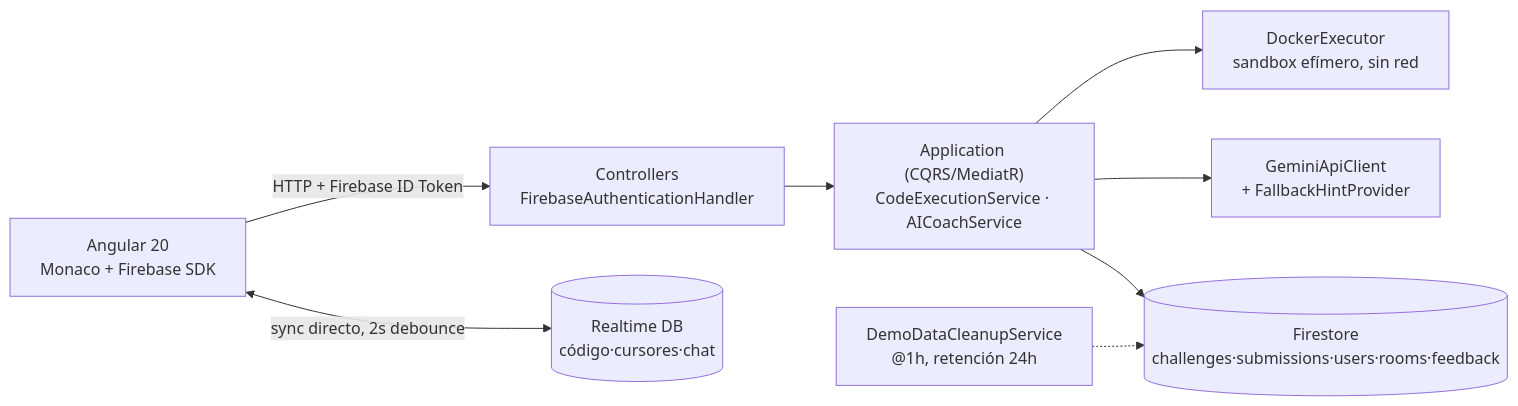
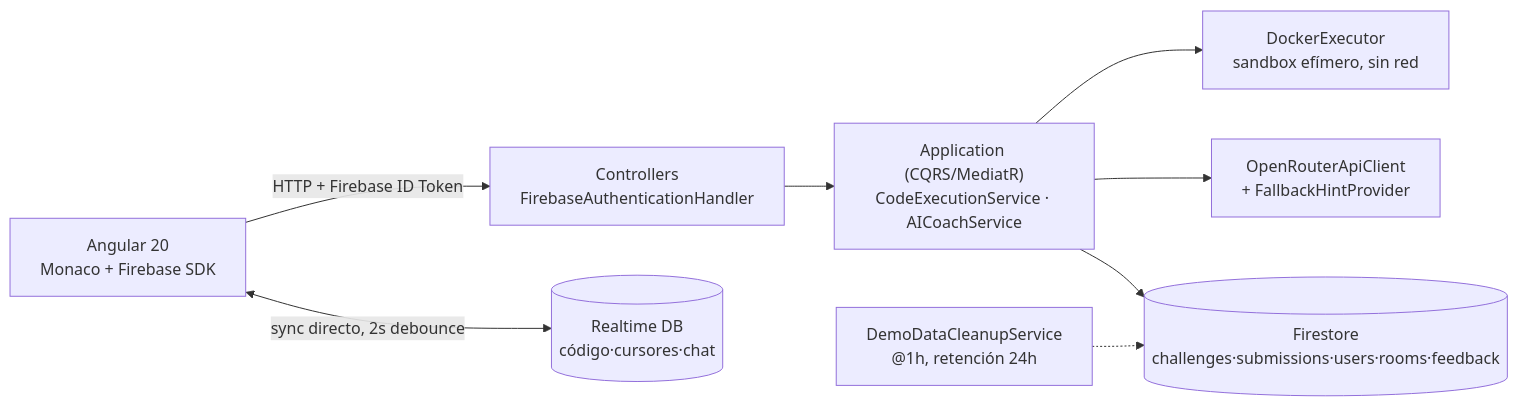
Before and after one commit to mateopavoni/codesync: the diagram in README.md, drawn with Mermaid. The commit also changed other lines of this file and 12 other files, not shown here.

Commit message:
docs: archive CodeSync - README, RUN, architecture and .ai context

````diff
--- a/README.md
+++ b/README.md
@@ -77,10 +77,10 @@
 ```mermaid
 flowchart LR
     Client["Angular 20\nMonaco + Firebase SDK"] -->|"HTTP + Firebase ID Token"| Api["Controllers\nFirebaseAuthenticationHandler"]
     Api --> App["Application (CQRS/MediatR)\nCodeExecutionService · AICoachService"]
     App --> Docker["DockerExecutor\nsandbox efímero, sin red"]
-    App --> Gemini["GeminiApiClient\n+ FallbackHintProvider"]
+    App --> LLM["OpenRouterApiClient\n+ FallbackHintProvider"]
     App --> Firestore[("Firestore\nchallenges·submissions·users·rooms·feedback")]
     Client <-->|"sync directo, 2s debounce"| RTDB[("Realtime DB\ncódigo·cursores·chat")]
     Cleanup["DemoDataCleanupService\n@1h, retención 24h"] -.-> Firestore
 ```
````
